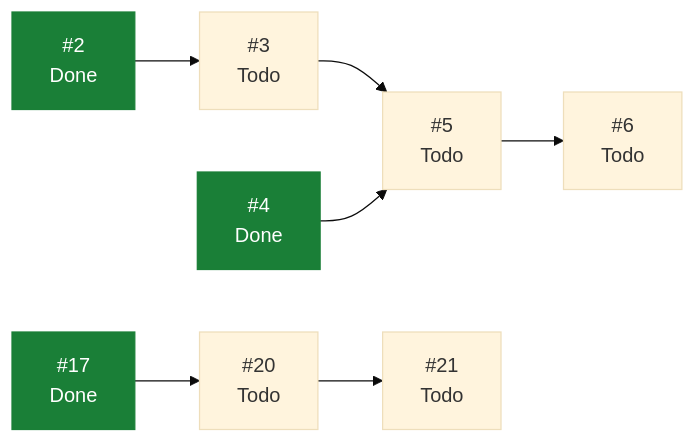
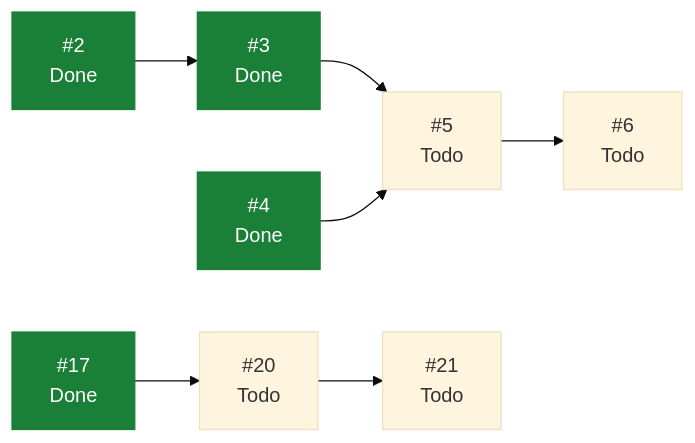
The diagram in docs/planning/STATUS.md (ecamp0s/evault), drawn with Mermaid (base theme) before and after one commit. The commit also changed other lines of this file, not shown here.

````diff
--- a/docs/planning/STATUS.md
+++ b/docs/planning/STATUS.md
@@ -53,19 +53,19 @@
 ```mermaid
 graph LR
   I2["#2<br/>Done"]
-  I3["#3<br/>Todo"]
+  I3["#3<br/>Done"]
   I4["#4<br/>Done"]
   I5["#5<br/>Todo"]
   I6["#6<br/>Todo"]
   I17["#17<br/>Done"]
   I20["#20<br/>Todo"]
   I21["#21<br/>Todo"]
   I2 --> I3
   I3 --> I5
   I4 --> I5
   I5 --> I6
   I17 --> I20
   I20 --> I21
   classDef hecho fill:#1a7f37,stroke:#1a7f37,color:#fff;
-  class I2,I4,I17 hecho;
+  class I2,I3,I4,I17 hecho;
 ```
````
